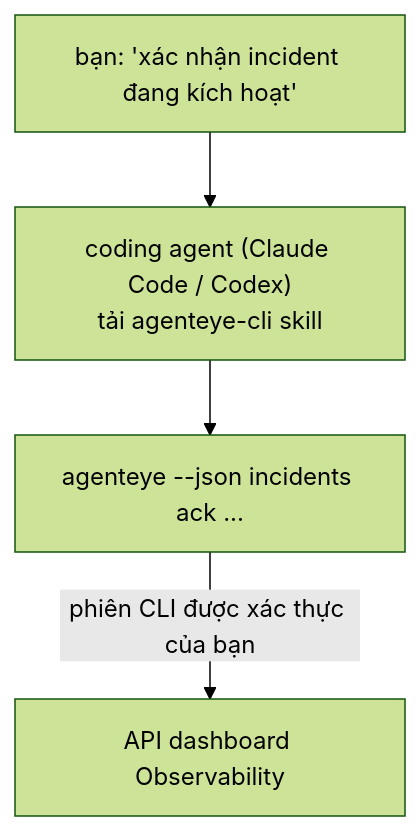
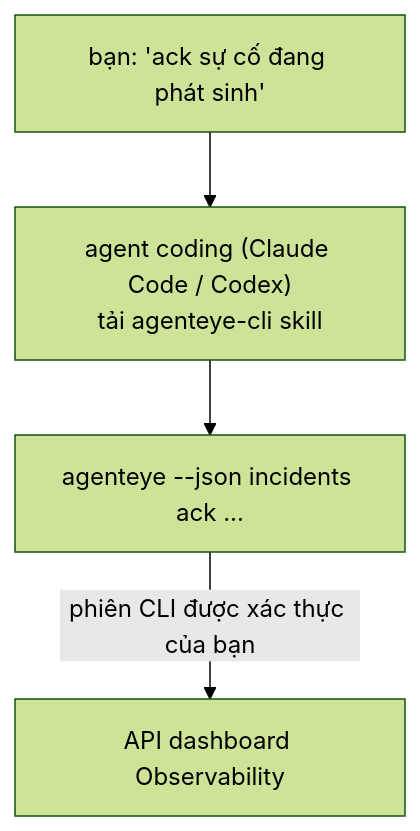
Before and after one commit to FailproofAI/failproofai: the diagram in docs/vi/agenteye/cli-skill.mdx, drawn with Mermaid (forest theme). The commit also changed other lines of this file and 649 other files, not shown here.

````diff
--- a/docs/vi/agenteye/cli-skill.mdx
+++ b/docs/vi/agenteye/cli-skill.mdx
@@ -28,6 +28,6 @@
 ```mermaid
 flowchart TD
-    YOU["bạn: 'xác nhận incident đang kích hoạt'"] --> AGENT["coding agent (Claude Code / Codex)<br/>tải agenteye-cli skill"]
+    YOU["bạn: 'ack sự cố đang phát sinh'"] --> AGENT["agent coding (Claude Code / Codex)<br/>tải agenteye-cli skill"]
     AGENT --> CLI["agenteye --json incidents ack ..."]
     CLI -->|phiên CLI được xác thực của bạn| API["API dashboard Observability"]
 ```
````
